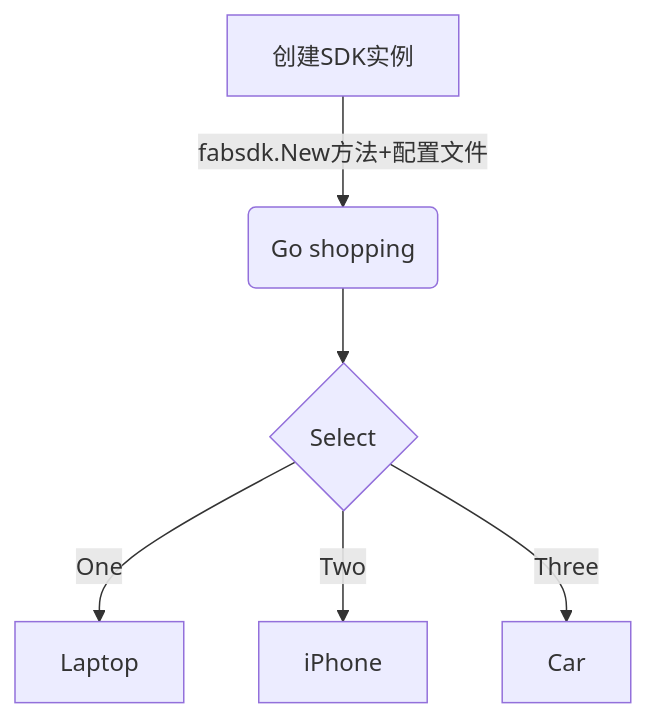
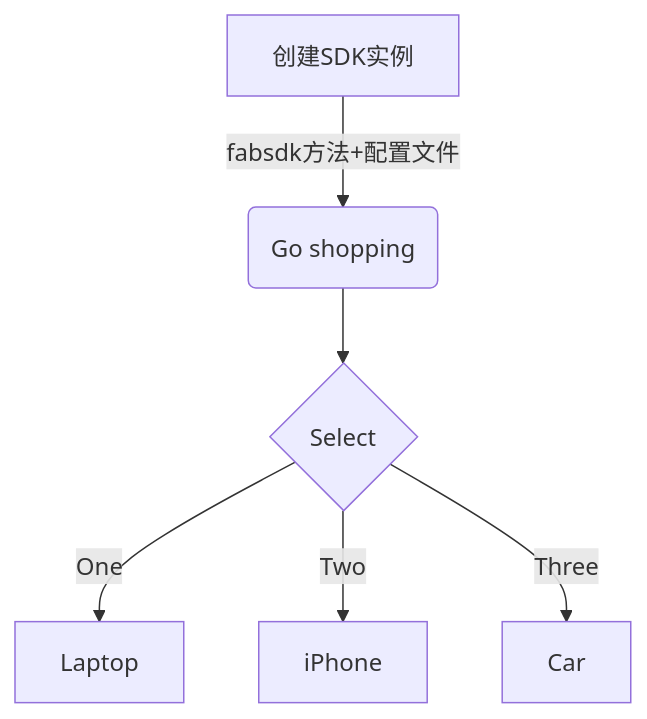
Before and after one commit to Utekichan/iodraw-files: the diagram in all/未命名.md, drawn with Mermaid.

Commit message:
2024-03-30 22:03:35 update

````diff
--- a/all/未命名.md
+++ b/all/未命名.md
@@ -1,9 +1,9 @@
 ```mermaid
 graph TD
-    A[创建SDK实例] -->|fabsdk.New方法+配置文件| B(Go shopping)
+    A[创建SDK实例] -->|fabsdk方法+配置文件| B(Go shopping)
     B --> C{Select}
     C -->|One| D[Laptop]
     C -->|Two| E[iPhone]
     C -->|Three| F[Car]
   
 ```
````
